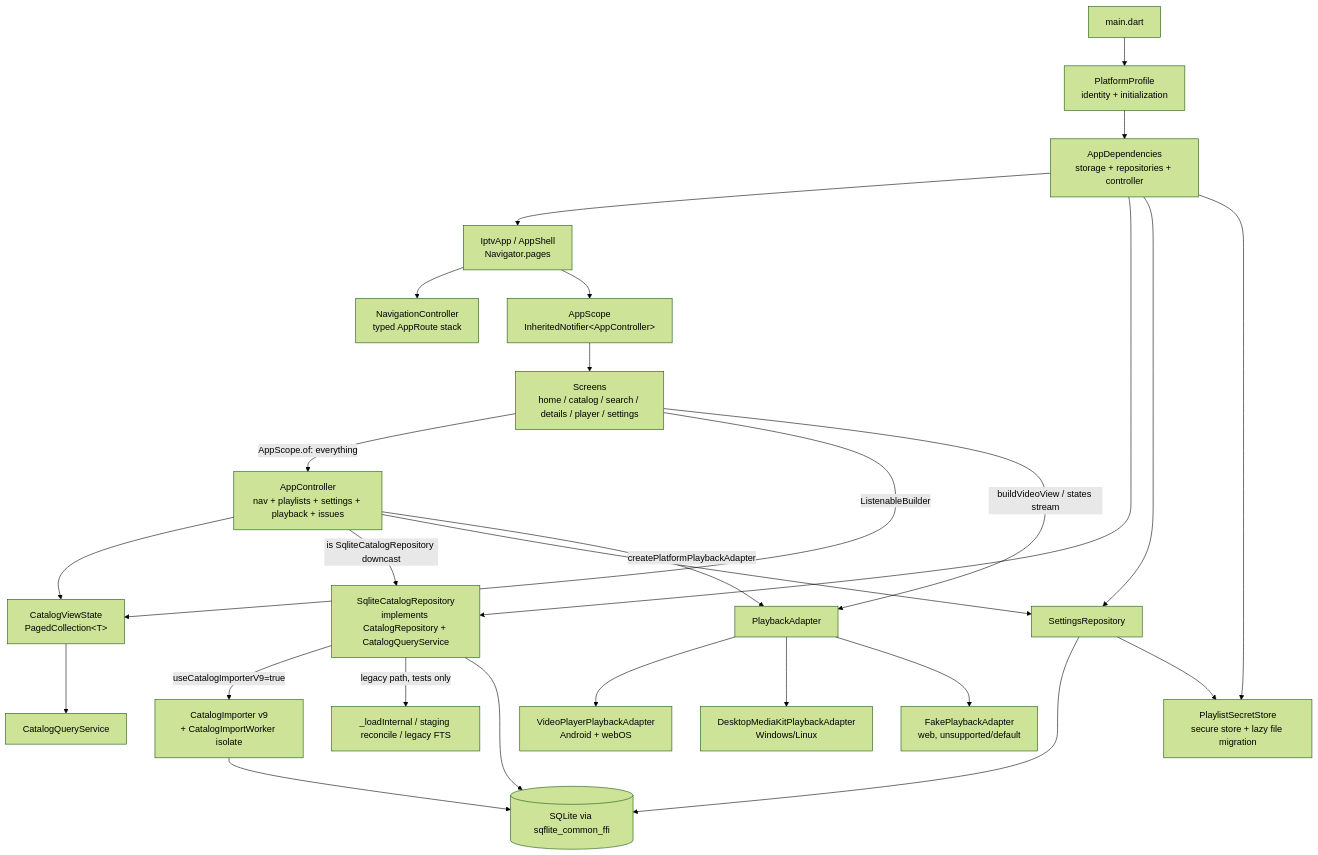
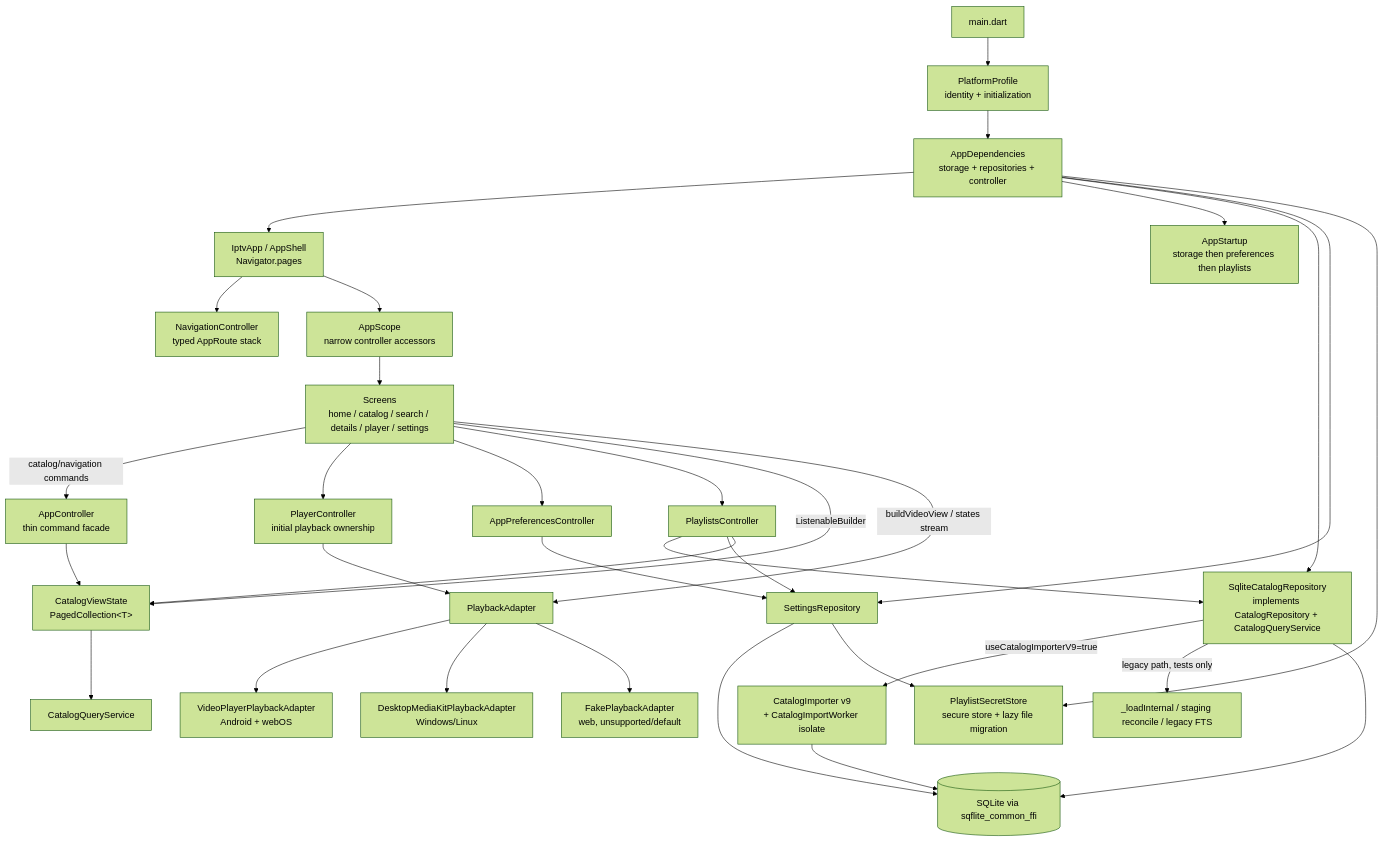
The diagram in docs/architecture-code-improvements.md (mattiasvartiainen/iptv-flutter), drawn with Mermaid (forest theme) before and after one commit. The commit also changed other lines of this file and 22 other files, not shown here.

Commit message:
Split AppController into feature controllers

````diff
--- a/docs/architecture-code-improvements.md
+++ b/docs/architecture-code-improvements.md
@@ -109,29 +109,35 @@
 ```mermaid
 flowchart TD
   main[main.dart] --> profile[PlatformProfile<br/>identity + initialization]
   profile --> deps[AppDependencies<br/>storage + repositories + controller]
   deps --> app[IptvApp / AppShell<br/>Navigator.pages]
   app --> nav[NavigationController<br/>typed AppRoute stack]
-  app --> scope[AppScope<br/>InheritedNotifier&lt;AppController&gt;]
+  app --> scope[AppScope<br/>narrow controller accessors]
   scope --> screens[Screens<br/>home / catalog / search / details / player / settings]
-  screens -->|AppScope.of: everything| ctrl[AppController<br/>nav + playlists + settings + playback + issues]
+  screens -->|catalog/navigation commands| ctrl[AppController<br/>thin command facade]
+  screens --> player[PlayerController<br/>initial playback ownership]
+  screens --> prefs[AppPreferencesController]
+  screens --> lists[PlaylistsController]
   screens -->|ListenableBuilder| cvs[CatalogViewState<br/>PagedCollection&lt;T&gt;]
   screens -->|buildVideoView / states stream| pa[PlaybackAdapter]
   ctrl --> cvs
-  ctrl -->|is SqliteCatalogRepository downcast| repo
-  ctrl --> settings[SettingsRepository]
-  ctrl -->|createPlatformPlaybackAdapter| pa
+  lists --> repo
+  lists --> settings[SettingsRepository]
+  prefs --> settings
+  lists --> cvs
+  player --> pa
+  deps --> startup[AppStartup<br/>storage then preferences then playlists]
   cvs --> qs[CatalogQueryService]
   deps --> repo[SqliteCatalogRepository<br/>implements CatalogRepository + CatalogQueryService]
   deps --> settings
   deps --> secrets[PlaylistSecretStore<br/>secure store + lazy file migration]
   repo -->|useCatalogImporterV9=true| importer[CatalogImporter v9<br/>+ CatalogImportWorker isolate]
   repo -->|legacy path, tests only| legacy[_loadInternal / staging reconcile / legacy FTS]
   repo --> db[(SQLite via sqflite_common_ffi)]
   importer --> db
   settings --> db
   settings --> secrets
   pa --> vp[VideoPlayerPlaybackAdapter<br/>Android + webOS]
   pa --> mk[DesktopMediaKitPlaybackAdapter<br/>Windows/Linux]
   pa --> fake[FakePlaybackAdapter<br/>web, unsupported/default]
 ```
````
